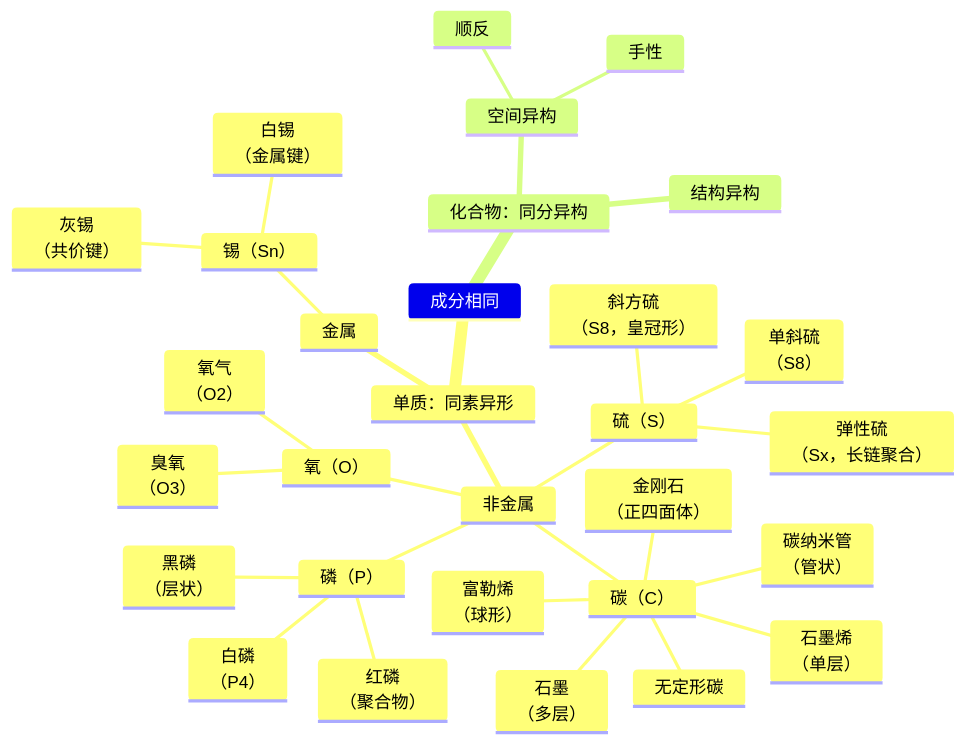
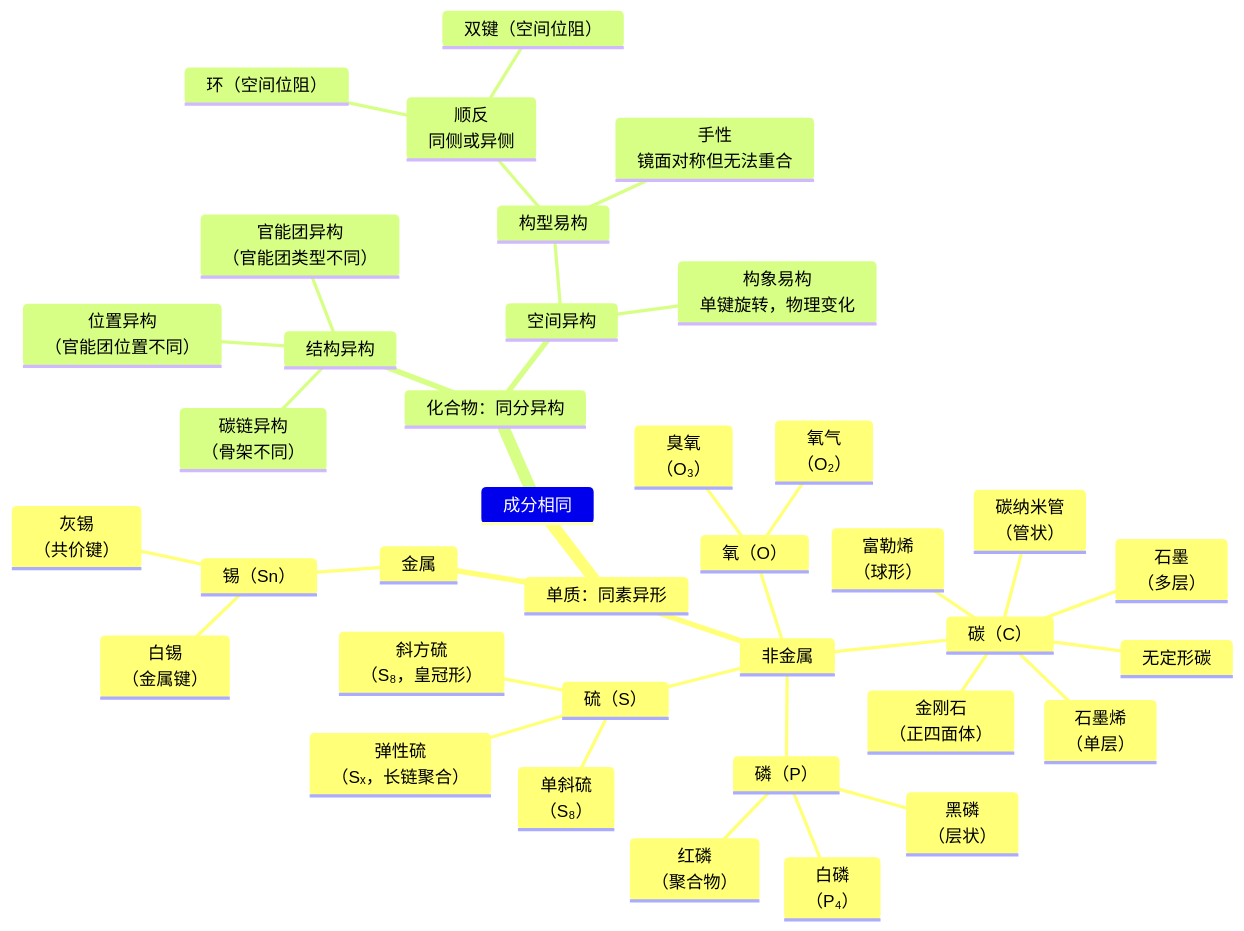
The diagram in src/site/notes/知识/自然科学·化学/同素异形和同分异构.md (nemossi/iknow.pub), drawn with Mermaid before and after one commit. The commit also changed other lines of this file and 9 other files, not shown here.

````diff
--- a/src/site/notes/知识/自然科学·化学/同素异形和同分异构.md
+++ b/src/site/notes/知识/自然科学·化学/同素异形和同分异构.md
@@ -19,33 +8,40 @@
 ```mermaid
 mindmap
 成分相同
   单质：同素异形
     非金属
       碳（C）
         金刚石<br/>（正四面体）
         石墨<br/>（多层）
         石墨烯<br/>（单层）
         碳纳米管<br/>（管状）
         富勒烯<br/>（球形）
         无定形碳
       氧（O）
-        氧气<br/>（O2）
-        臭氧<br/>（O3）
+        氧气<br/>（O₂）
+        臭氧<br/>（O₃）
       磷（P）
-        白磷<br/>（P4）
+        白磷<br/>（P₄）
         红磷<br/>（聚合物）
         黑磷<br/>（层状）
       硫（S）
-        斜方硫<br/>（S8，皇冠形）
-        单斜硫<br/>（S8）
-        弹性硫<br/>（Sx，长链聚合）
+        斜方硫<br/>（S₈，皇冠形）
+        单斜硫<br/>（S₈）
+        弹性硫<br/>（Sₓ，长链聚合）
     金属
       锡（Sn）
         白锡<br/>（金属键）
         灰锡<br/>（共价键）
   化合物：同分异构
     结构异构
+      碳链异构<br/>（骨架不同）
+      位置异构<br/>（官能团位置不同）
+      官能团异构<br/>（官能团类型不同）
     空间异构
-      顺反
-      手性
+      构型易构
+        顺反<br/>同侧或异侧
+          双键（空间位阻）
+          环（空间位阻）
+        手性<br/>镜面对称但无法重合
+      构象易构<br/>单键旋转，物理变化
 ```
````
